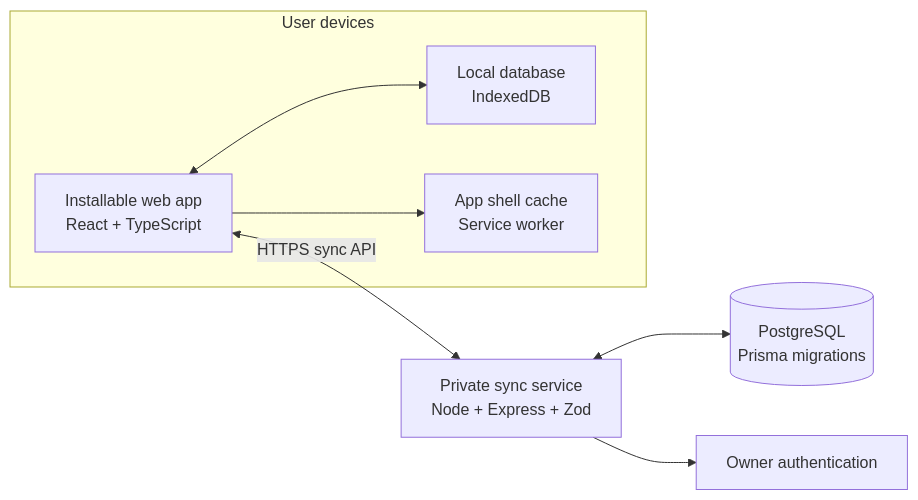
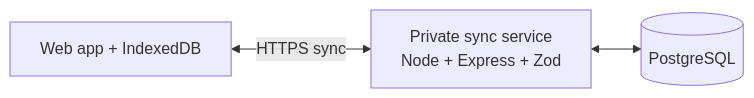
One commit to moeintorabi90/personal-productivity-system changed the second of 2 diagrams in docs/ARCHITECTURE.md. Above: the diagram before and after it, drawn with Mermaid. The commit also changed other lines of this file and 10 other files, not shown here.

````diff
--- a/docs/ARCHITECTURE.md
+++ b/docs/ARCHITECTURE.md
@@ -9,13 +33,5 @@
 ```mermaid
 flowchart LR
-  subgraph Devices[User devices]
-    Web[Installable web app<br/>React + TypeScript]
-    Local[Local database<br/>IndexedDB]
-    Cache[App shell cache<br/>Service worker]
-    Web <--> Local
-    Web --> Cache
-  end
-  Web <-->|HTTPS sync API| API[Private sync service<br/>Node + Express + Zod]
-  API <--> DB[(PostgreSQL<br/>Prisma migrations)]
-  API --> Auth[Owner authentication]
+  Web[Web app + IndexedDB] <-->|HTTPS sync| API[Private sync service<br/>Node + Express + Zod]
+  API <--> DB[(PostgreSQL)]
 ```
````
